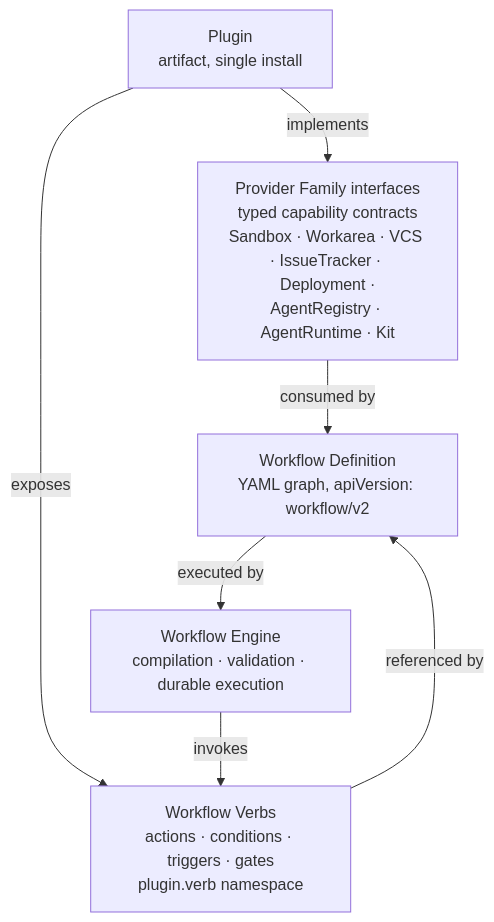
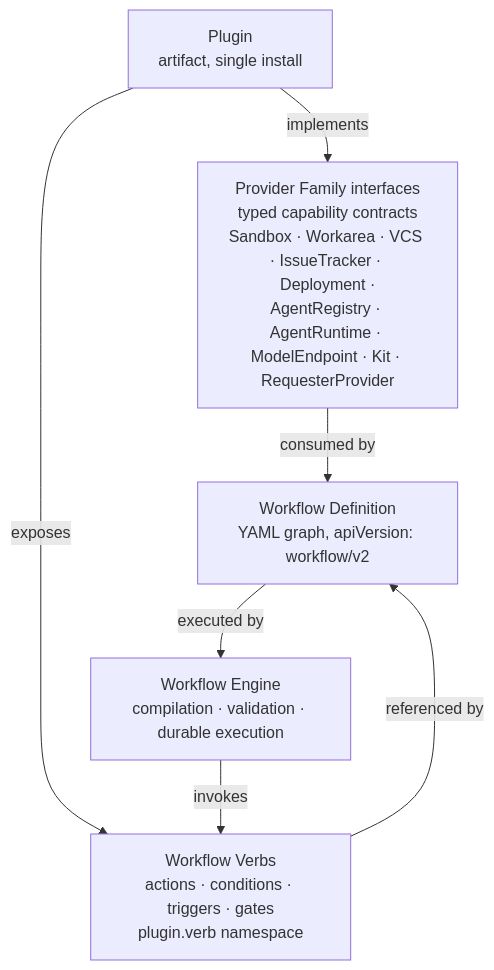
One commit to RenseiAI/donmai-architecture changed the first of 2 diagrams in 001-layered-execution-model.md. Above: the diagram before and after it, drawn with Mermaid. The commit also changed other lines of this file and 5 other files, not shown here.

First line of the commit message:
docs(adr): accept ADR-2026-06-19 RequesterProvider (inbound agent family) + corpus (#24)

````diff
--- a/001-layered-execution-model.md
+++ b/001-layered-execution-model.md
@@ -44,15 +44,15 @@
 ```mermaid
 graph TB
     P[Plugin<br/>artifact, single install]
-    F[Provider Family interfaces<br/>typed capability contracts<br/>Sandbox · Workarea · VCS · IssueTracker · Deployment ·<br/>AgentRegistry · AgentRuntime · Kit]
+    F[Provider Family interfaces<br/>typed capability contracts<br/>Sandbox · Workarea · VCS · IssueTracker · Deployment ·<br/>AgentRegistry · AgentRuntime · ModelEndpoint · Kit · RequesterProvider]
     V[Workflow Verbs<br/>actions · conditions · triggers · gates<br/>plugin.verb namespace]
     D[Workflow Definition<br/>YAML graph, apiVersion: workflow/v2]
     E[Workflow Engine<br/>compilation · validation · durable execution]
 
     P -->|implements| F
     P -->|exposes| V
     V -->|referenced by| D
     F -->|consumed by| D
     D -->|executed by| E
     E -->|invokes| V
 ```
````
